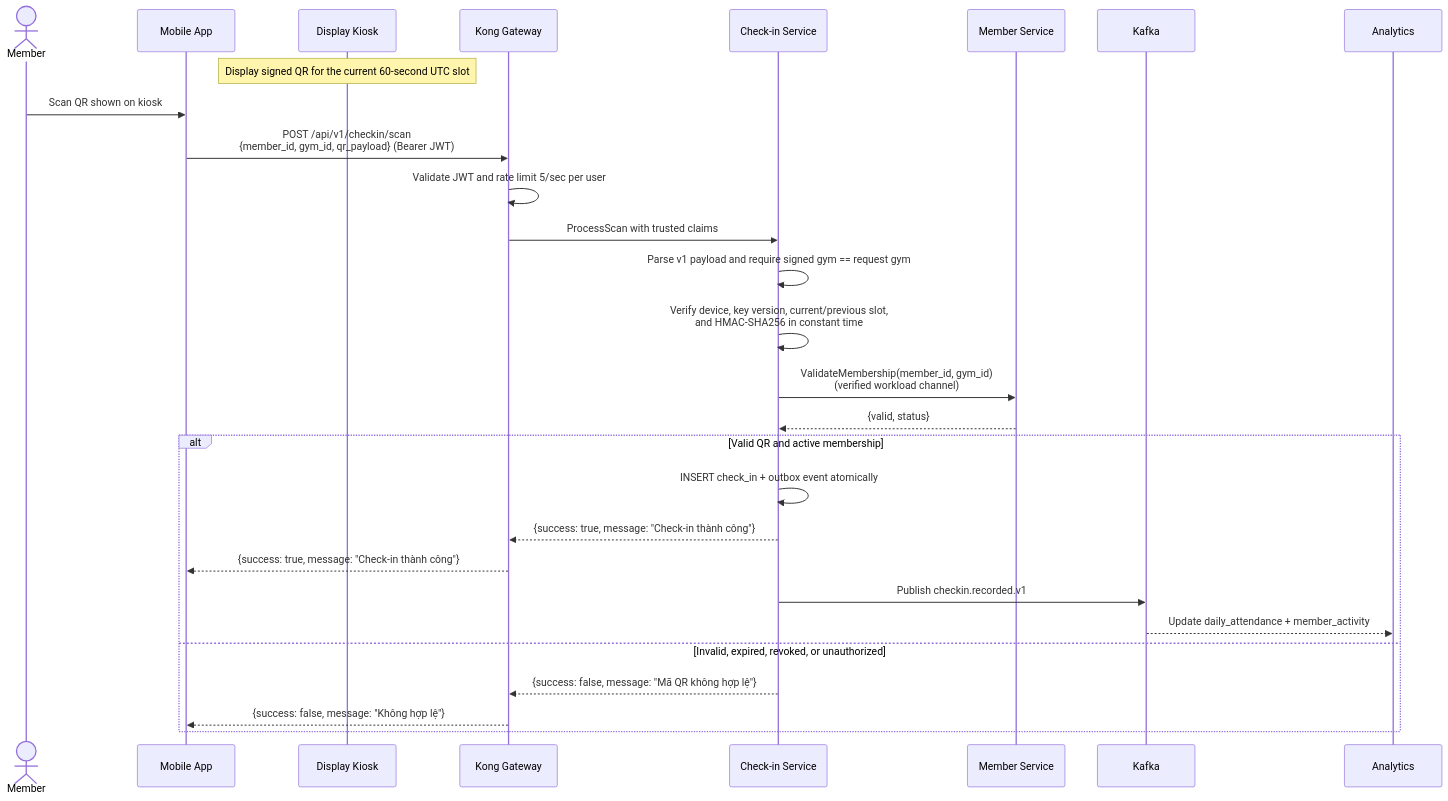
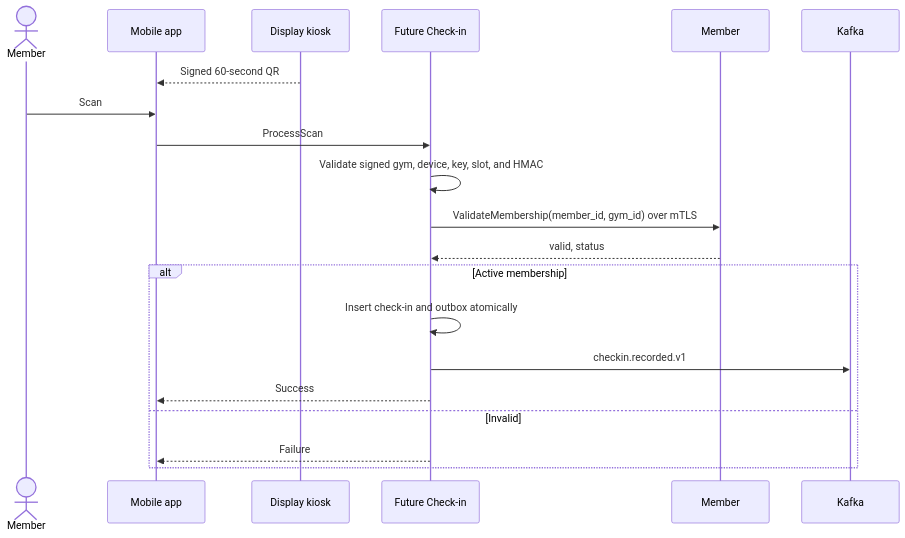
Before and after one commit to pploc/gym-architect: the sixth of 7 diagrams in flows/01-business-flows.md, drawn with Mermaid. The commit also changed other lines of this file and 16 other files, not shown here.

First line of the commit message:
docs: freeze Plans split roadmap through G8

````diff
--- a/flows/01-business-flows.md
+++ b/flows/01-business-flows.md
@@ -223,33 +167,23 @@
 ```mermaid
 sequenceDiagram
     actor M as Member
-    participant APP as Mobile App
-    participant D as Display Kiosk
-    participant K as Kong Gateway
-    participant CS as Check-in Service
-    participant MS as Member Service
+    participant APP as Mobile app
+    participant D as Display kiosk
+    participant CS as Future Check-in
+    participant MB as Member
     participant KF as Kafka
-    participant AS as Analytics
 
-    Note over D: Display signed QR for the current 60-second UTC slot
-    M->>APP: Scan QR shown on kiosk
-    APP->>K: POST /api/v1/checkin/scan<br/>{member_id, gym_id, qr_payload} (Bearer JWT)
-    K->>K: Validate JWT and rate limit 5/sec per user
-    K->>CS: ProcessScan with trusted claims
-
-    CS->>CS: Parse v1 payload and require signed gym == request gym
-    CS->>CS: Verify device, key version, current/previous slot,<br/>and HMAC-SHA256 in constant time
-    CS->>MS: ValidateMembership(member_id, gym_id)<br/>(verified workload channel)
-    MS-->>CS: {valid, status}
-
-    alt Valid QR and active membership
-        CS->>CS: INSERT check_in + outbox event atomically
-        CS-->>K: {success: true, message: "Check-in thành công"}
-        K-->>APP: {success: true, message: "Check-in thành công"}
-        CS->>KF: Publish checkin.recorded.v1
-        KF-->>AS: Update daily_attendance + member_activity
-    else Invalid, expired, revoked, or unauthorized
-        CS-->>K: {success: false, message: "Mã QR không hợp lệ"}
-        K-->>APP: {success: false, message: "Không hợp lệ"}
+    D-->>APP: Signed 60-second QR
+    M->>APP: Scan
+    APP->>CS: ProcessScan
+    CS->>CS: Validate signed gym, device, key, slot, and HMAC
+    CS->>MB: ValidateMembership(member_id, gym_id) over mTLS
+    MB-->>CS: valid, status
+    alt Active membership
+        CS->>CS: Insert check-in and outbox atomically
+        CS->>KF: checkin.recorded.v1
+        CS-->>APP: Success
+    else Invalid
+        CS-->>APP: Failure
     end
 ```
````
